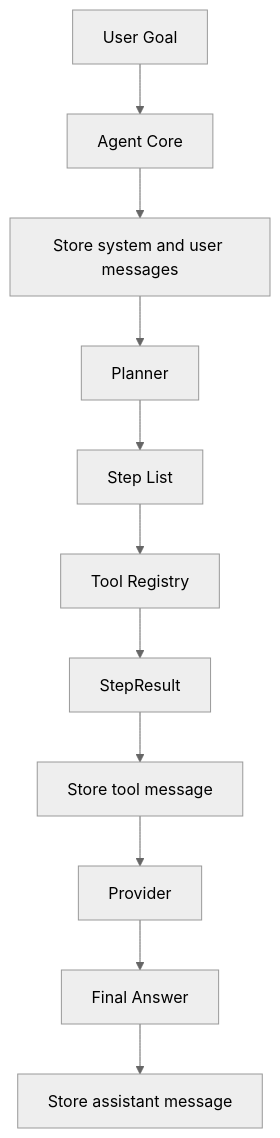
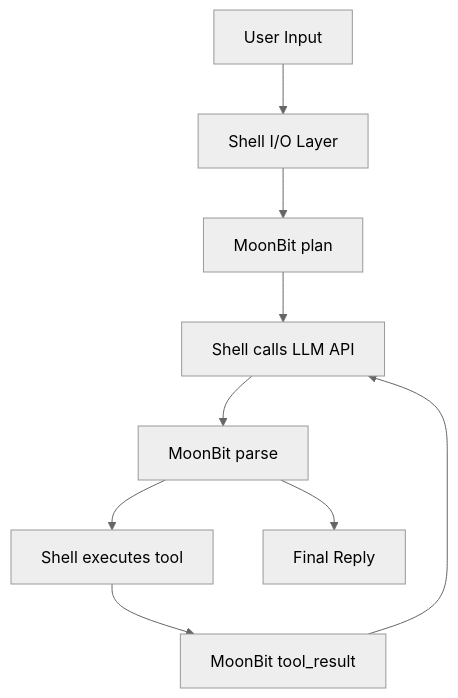
Before and after one commit to nillikechatchat/autoagent-moonbit: the diagram in .monkeycode/docs/ARCHITECTURE.md, drawn with Mermaid (neutral theme). The commit also changed other lines of this file and 7 other files, not shown here.

First line of the commit message:
release: AutoAgent GA-ready - MoonBit-first architecture, safe I/O, tests and docs

````diff
--- a/.monkeycode/docs/ARCHITECTURE.md
+++ b/.monkeycode/docs/ARCHITECTURE.md
@@ -9,13 +9,11 @@
 ```mermaid
 graph TD
-    Goal["User Goal"] --> Agent["Agent Core"]
-    Agent --> MemoryStart["Store system and user messages"]
-    MemoryStart --> Planner["Planner"]
-    Planner --> Steps["Step List"]
-    Steps --> Registry["Tool Registry"]
-    Registry --> ToolResult["StepResult"]
-    ToolResult --> MemoryTool["Store tool message"]
-    MemoryTool --> Provider["Provider"]
-    Provider --> Answer["Final Answer"]
-    Answer --> MemoryAssistant["Store assistant message"]
+    User["User Input"] --> Shell["Shell I/O Layer"]
+    Shell --> Plan["MoonBit plan"]
+    Plan --> LLM["Shell calls LLM API"]
+    LLM --> Parse["MoonBit parse"]
+    Parse --> Tool["Shell executes tool"]
+    Tool --> Result["MoonBit tool_result"]
+    Result --> LLM
+    Parse --> Reply["Final Reply"]
 ```
````
